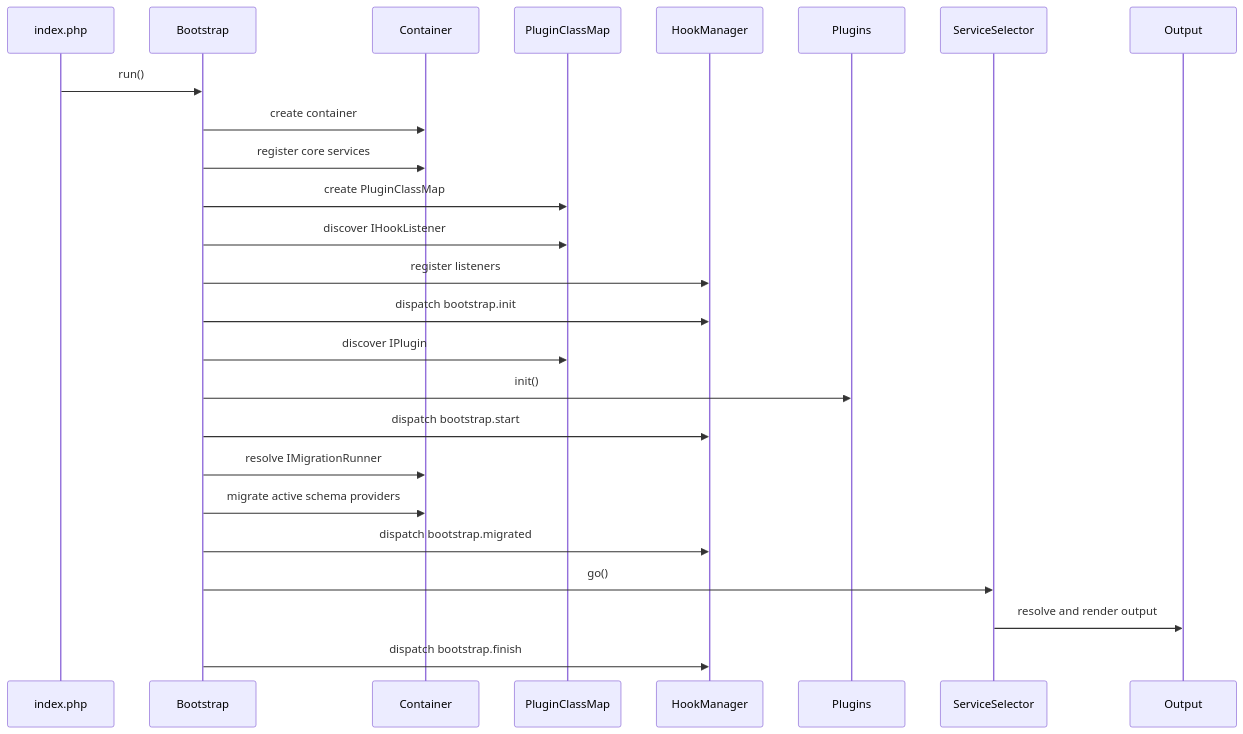
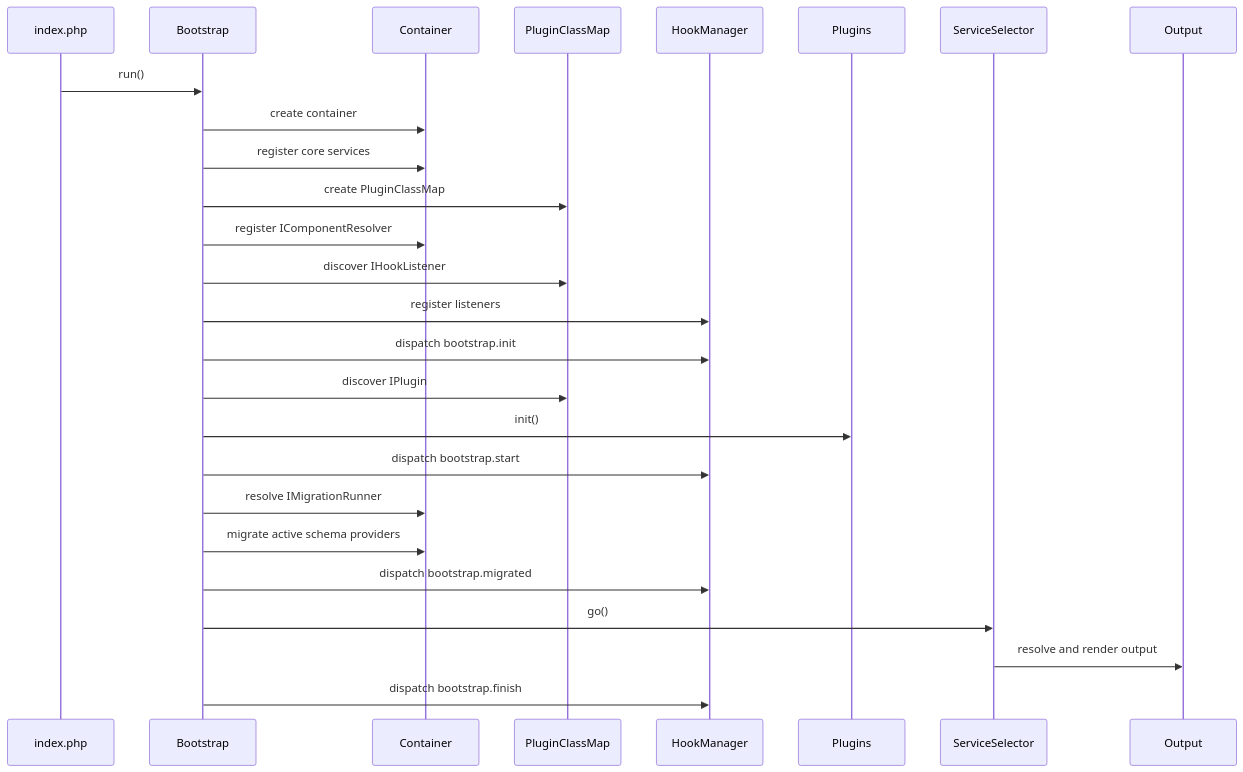
The first of 3 diagrams in docs/architecture-principles.md (ddbase3/Base3Framework), drawn with Mermaid before and after one commit. The commit also changed other lines of this file and 11 other files, not shown here.

````diff
--- a/docs/architecture-principles.md
+++ b/docs/architecture-principles.md
@@ -337,28 +395,29 @@
 ```mermaid
 sequenceDiagram
 	participant I as index.php
 	participant B as Bootstrap
 	participant C as Container
 	participant M as PluginClassMap
 	participant H as HookManager
 	participant P as Plugins
 	participant S as ServiceSelector
 	participant O as Output
 
 	I->>B: run()
 	B->>C: create container
 	B->>C: register core services
 	B->>M: create PluginClassMap
+	B->>C: register IComponentResolver
 	B->>M: discover IHookListener
 	B->>H: register listeners
 	B->>H: dispatch bootstrap.init
 	B->>M: discover IPlugin
 	B->>P: init()
 	B->>H: dispatch bootstrap.start
 	B->>C: resolve IMigrationRunner
 	B->>C: migrate active schema providers
 	B->>H: dispatch bootstrap.migrated
 	B->>S: go()
 	S->>O: resolve and render output
 	B->>H: dispatch bootstrap.finish
 ```
````
